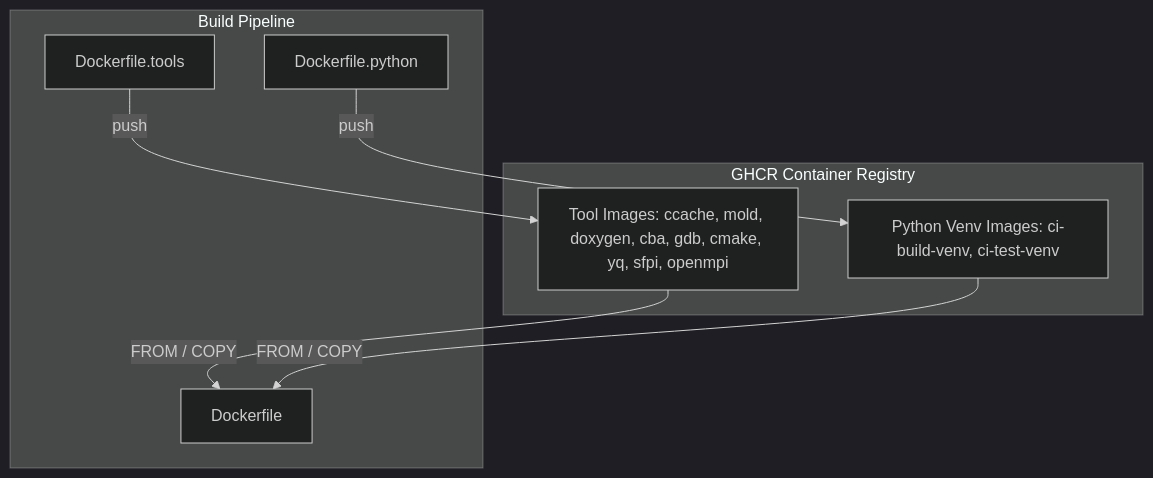
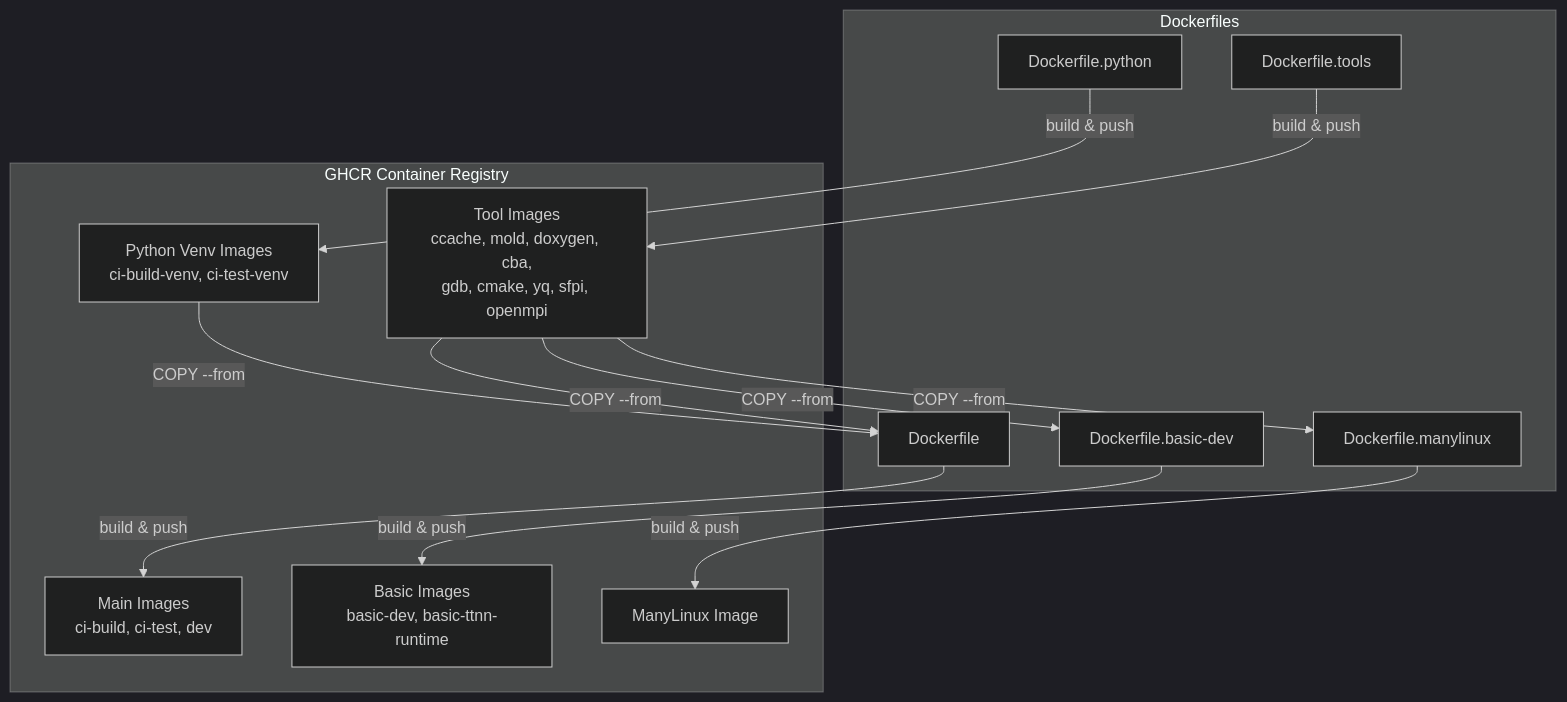
Before and after one commit to tenstorrent/tt-metal: the first of 3 diagrams in dockerfile/README.md, drawn with Mermaid (dark theme). The commit also changed other lines of this file and 4 other files, not shown here.

````diff
--- a/dockerfile/README.md
+++ b/dockerfile/README.md
@@ -7,18 +9,28 @@
 ```mermaid
 flowchart TB
     subgraph GHCR [GHCR Container Registry]
-        ToolImages[Tool Images: ccache, mold, doxygen, cba, gdb, cmake, yq, sfpi, openmpi]
-        VenvImages[Python Venv Images: ci-build-venv, ci-test-venv]
+        ToolImages[Tool Images<br/>ccache, mold, doxygen, cba,<br/>gdb, cmake, yq, sfpi, openmpi]
+        VenvImages[Python Venv Images<br/>ci-build-venv, ci-test-venv]
+        MainImages[Main Images<br/>ci-build, ci-test, dev]
+        BasicImages[Basic Images<br/>basic-dev, basic-ttnn-runtime]
+        ManylinuxImage[ManyLinux Image]
     end
 
-    subgraph Build [Build Pipeline]
+    subgraph Dockerfiles [Dockerfiles]
         DockerfileTools[Dockerfile.tools]
         DockerfilePython[Dockerfile.python]
         DockerfileMain[Dockerfile]
+        DockerfileBasic[Dockerfile.basic-dev]
+        DockerfileManylinux[Dockerfile.manylinux]
     end
 
-    DockerfileTools -->|push| ToolImages
-    DockerfilePython -->|push| VenvImages
-    ToolImages -->|FROM / COPY| DockerfileMain
-    VenvImages -->|FROM / COPY| DockerfileMain
+    DockerfileTools -->|build & push| ToolImages
+    DockerfilePython -->|build & push| VenvImages
+    ToolImages -->|COPY --from| DockerfileMain
+    ToolImages -->|COPY --from| DockerfileBasic
+    ToolImages -->|COPY --from| DockerfileManylinux
+    VenvImages -->|COPY --from| DockerfileMain
+    DockerfileMain -->|build & push| MainImages
+    DockerfileBasic -->|build & push| BasicImages
+    DockerfileManylinux -->|build & push| ManylinuxImage
 ```
````
